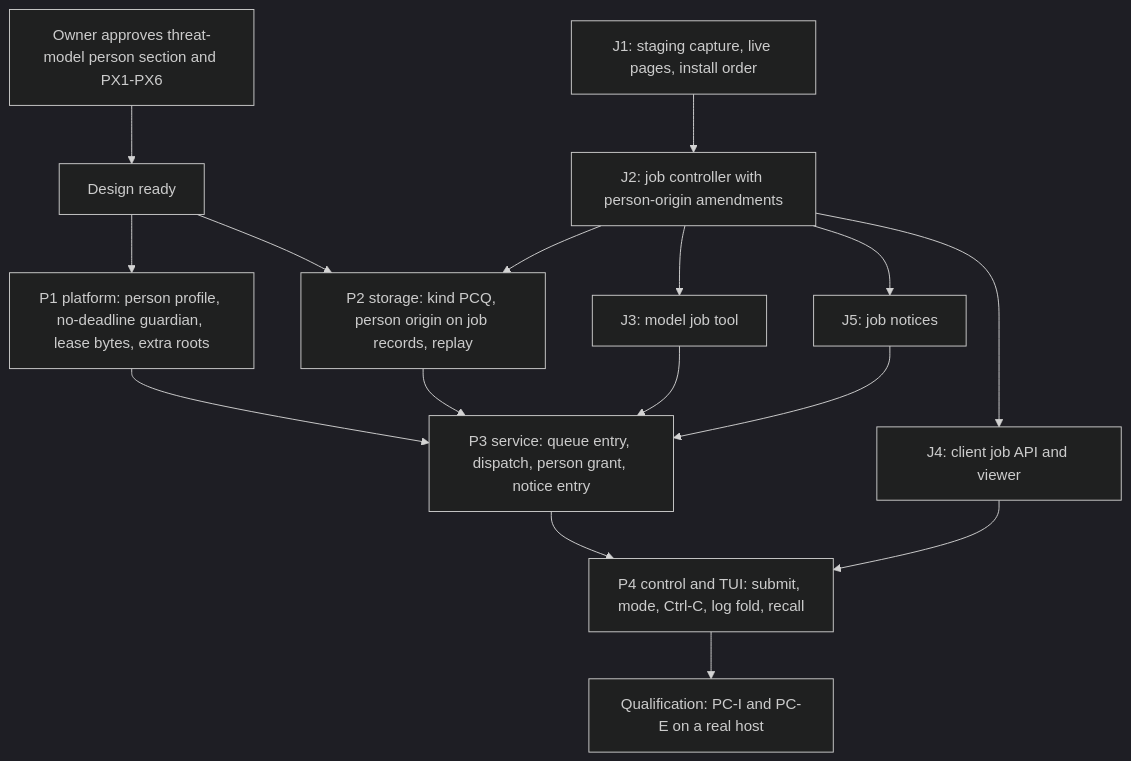
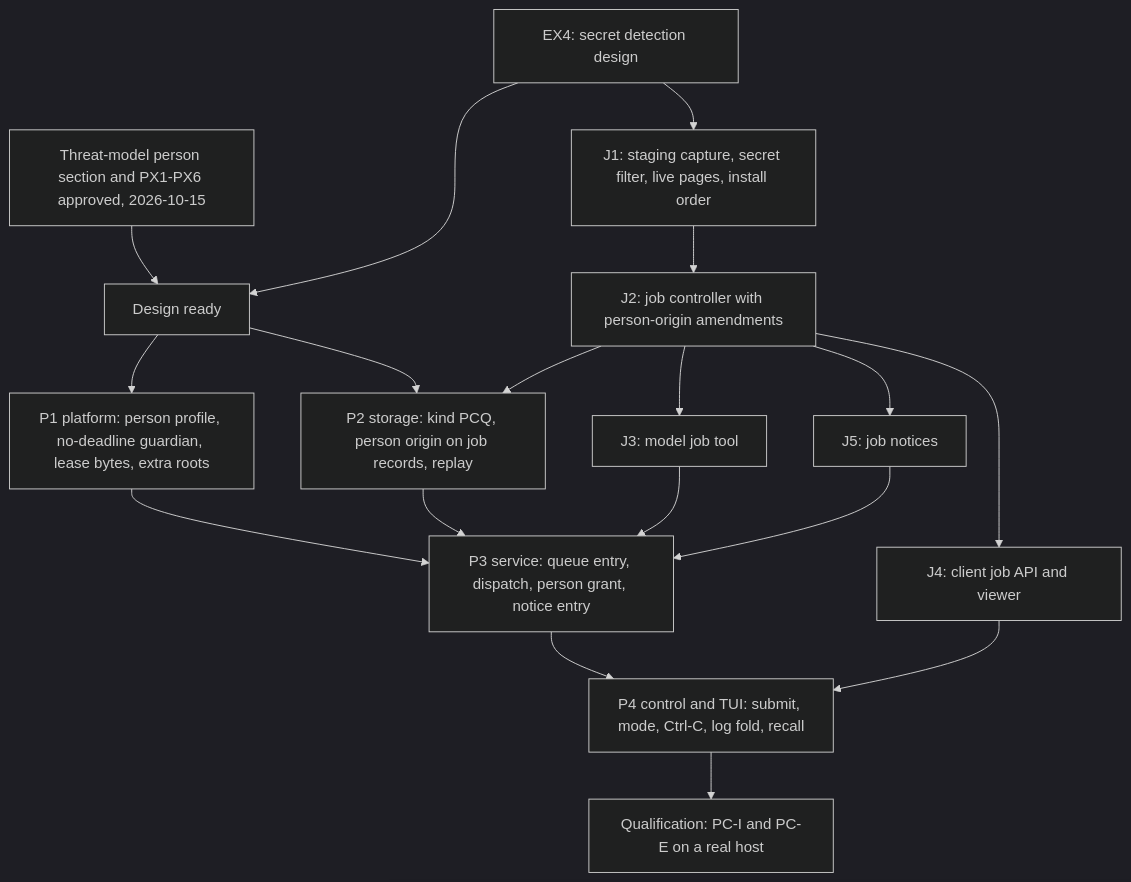
Before and after one commit to pidster/asura: the seventh of 7 diagrams in docs/designs/person-command-mode.md, drawn with Mermaid (dark theme). The commit also changed other lines of this file and 5 other files, not shown here.

First line of the commit message:
Record the owner's EX1-EX16 threat model review

````diff
--- a/docs/designs/person-command-mode.md
+++ b/docs/designs/person-command-mode.md
@@ -1073,18 +1082,20 @@
 ```mermaid
 flowchart TD
-    TM["Owner approves threat-model person section and PX1-PX6"] --> Ready["Design ready"]
-    J1["J1: staging capture, live pages, install order"] --> J2["J2: job controller with person-origin amendments"]
+    TM["Threat-model person section and PX1-PX6 approved, 2026-10-15"] --> Ready["Design ready"]
+    SD["EX4: secret detection design"] --> J1
+    SD --> Ready
+    J1["J1: staging capture, secret filter, live pages, install order"] --> J2["J2: job controller with person-origin amendments"]
     J2 --> J4["J4: client job API and viewer"]
     J2 --> J3["J3: model job tool"]
     J2 --> J5["J5: job notices"]
     Ready --> P1["P1 platform: person profile, no-deadline guardian, lease bytes, extra roots"]
     Ready --> P2["P2 storage: kind PCQ, person origin on job records, replay"]
     J2 --> P2
     P1 --> P3["P3 service: queue entry, dispatch, person grant, notice entry"]
     P2 --> P3
     J3 --> P3
     J5 --> P3
     P3 --> P4["P4 control and TUI: submit, mode, Ctrl-C, log fold, recall"]
     J4 --> P4
     P4 --> Q["Qualification: PC-I and PC-E on a real host"]
 ```
````
